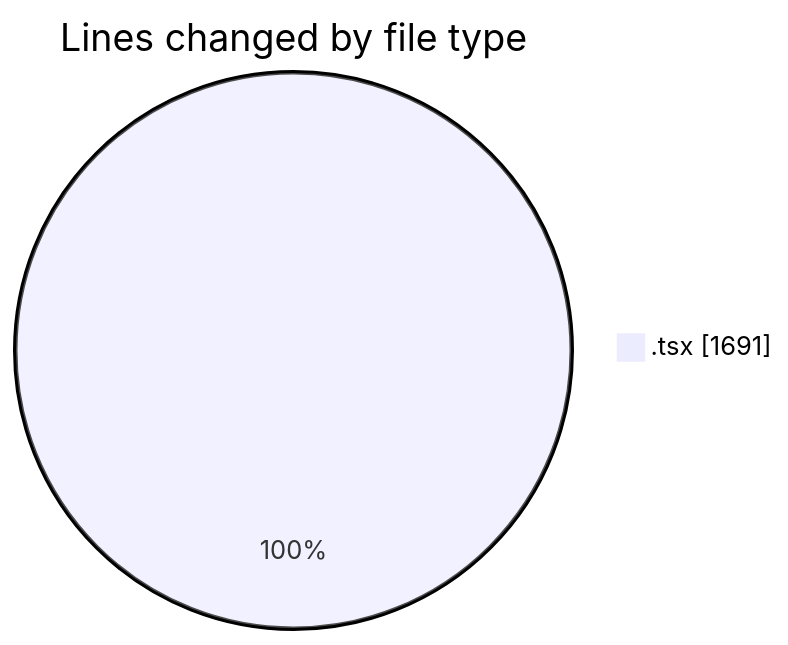
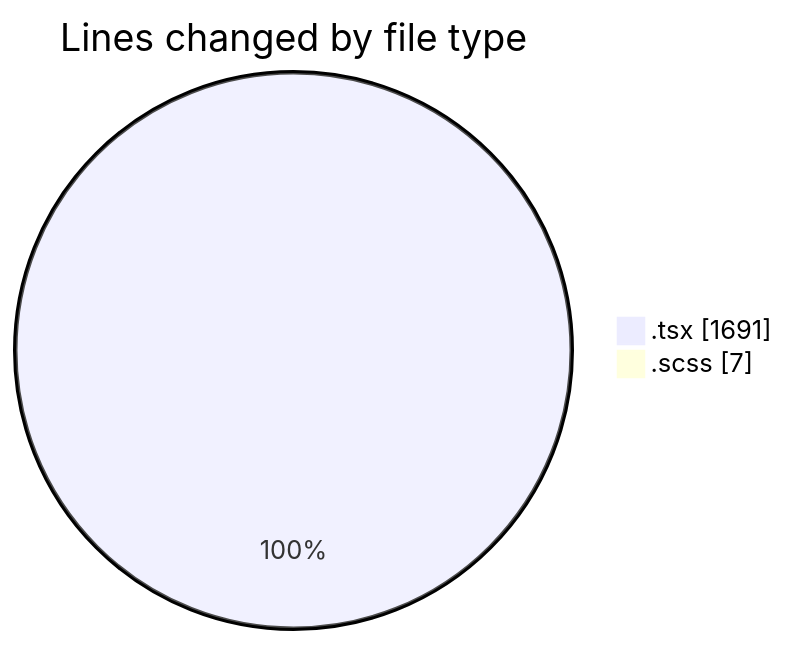
The first of 2 diagrams in 2025-09-30/cda/README.md (momahboobian/code-tracking), drawn with Mermaid before and after one commit. The commit also changed other lines of this file and 1 other file, not shown here.

````diff
--- a/2025-09-30/cda/README.md
+++ b/2025-09-30/cda/README.md
@@ -21,5 +22,6 @@
 ```mermaid
 pie showData
 title Lines changed by file type
 ".tsx" : 1691
+".scss" : 7
 ```
````
